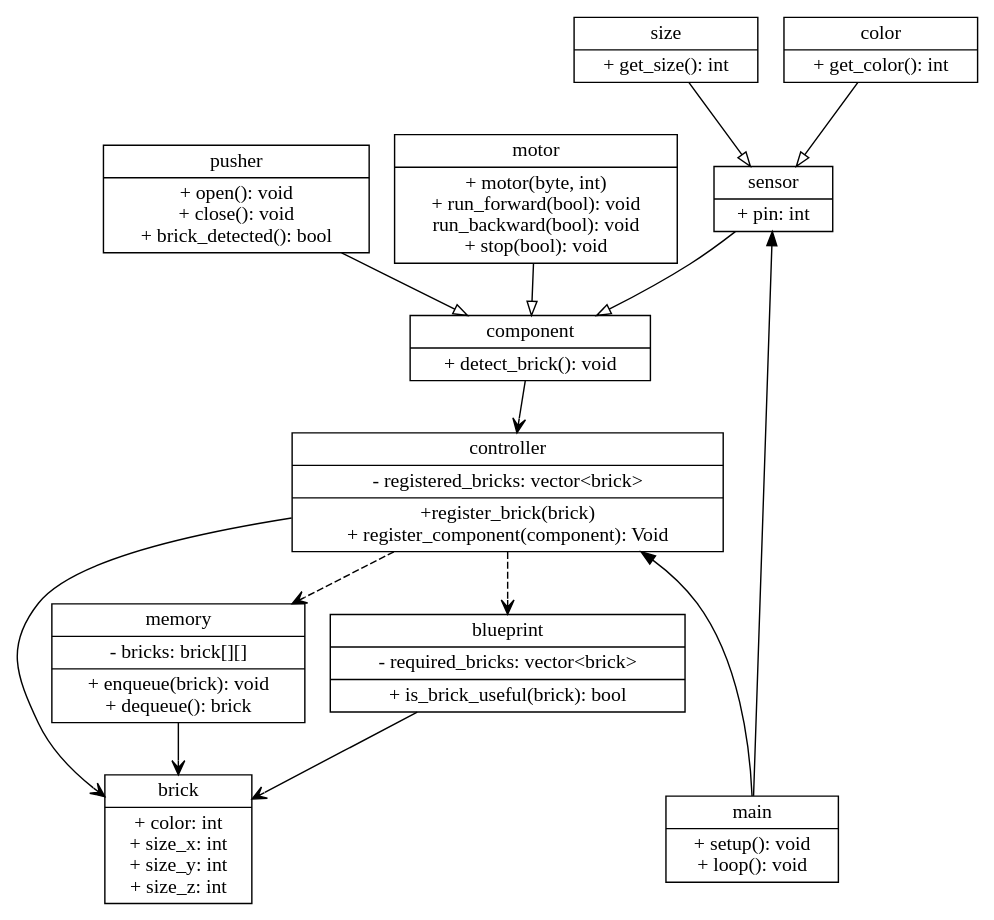
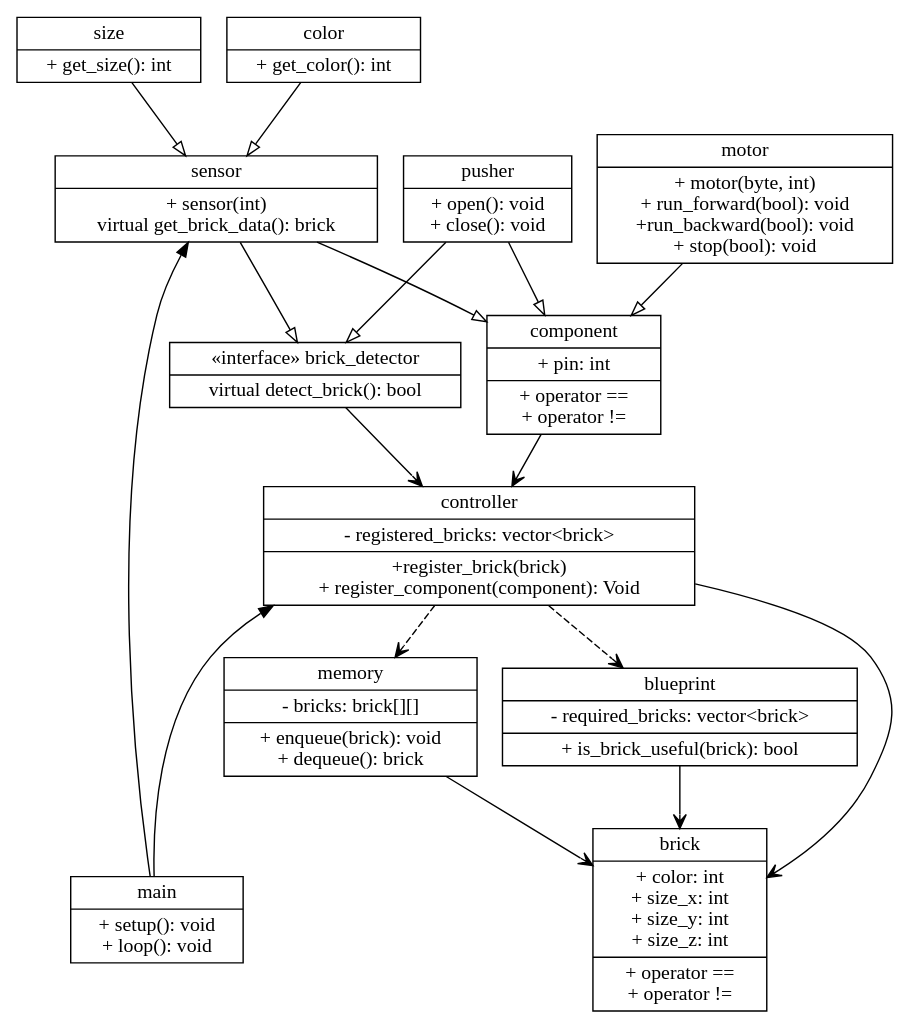
Before and after one commit to ElectricCoffee/SW5-Sorting: the diagram in class-diagram.dot, drawn with Graphviz.

Commit message:
update class diagram

```diff
--- a/class-diagram.dot
+++ b/class-diagram.dot
@@ -1,31 +1,35 @@
 digraph G {
   rankdir = TB;
   node [shape = record];
   { rank = same;
     main  [label = "{main   | + setup(): void\n+ loop(): void}"];
-    brick [label = "{brick  | + color: int\n+ size_x: int\n+ size_y: int\n+ size_z: int}"];
+    brick [label = "{brick  | + color: int\n+ size_x: int\n+ size_y: int\n+ size_z: int | + operator ==\n+ operator !=}"];
   }
-  sensor       [label = "{sensor | + pin: int}"];
+  sensor       [label = "{sensor | + sensor(int)\nvirtual get_brick_data(): brick}"];
   sensor_size  [label = "{size   | + get_size(): int}"];
   sensor_color [label = "{color  | + get_color(): int}"];
 
   {sensor_size, sensor_color}  -> sensor [arrowhead = onormal];
 
-  comp [label = "{component | + detect_brick(): void}"];
+  comp [label = "{component | + pin: int | + operator ==\n+ operator !=}"];
+
+  smi_brick_detector [label = "{\«interface\» brick_detector | virtual detect_brick(): bool}"];
 
   module_compute [label = "{controller | - registered_bricks: vector\<brick\> | +register_brick(brick)\n+ register_component(component): Void}"];
-  module_pusher  [label = "{pusher     | + open(): void\n+ close(): void\n+ brick_detected(): bool}"];
+  module_pusher  [label = "{pusher     | + open(): void\n+ close(): void}"];
   module_memory  [label = "{memory     | - bricks: brick[][] | + enqueue(brick): void\n+ dequeue(): brick}"];
-  module_motor   [label = "{motor      | + motor(byte, int)\n+ run_forward(bool): void\nrun_backward(bool): void\n+ stop(bool): void}"];
+  module_motor   [label = "{motor      | + motor(byte, int)\n+ run_forward(bool): void\n+run_backward(bool): void\n+ stop(bool): void}"];
 
+  {sensor, module_pusher} -> smi_brick_detector [arrowhead = onormal];
   {sensor, module_pusher, module_motor} -> comp [arrowhead = onormal];
 
   module_compute -> {module_memory} [style = dashed, arrowhead = vee];
   comp -> module_compute [arrowhead = vee];
+  smi_brick_detector -> module_compute [arrowhead = vee];
 
   blueprint [label = "{blueprint | - required_bricks: vector\<brick\> | + is_brick_useful(brick): bool}"];
 
   module_compute -> blueprint [style = dashed, arrowhead = vee];
   {blueprint, module_compute, module_memory} -> brick [arrowhead = vee];
   {module_compute, sensor} -> main [dir = back];
 }
```
